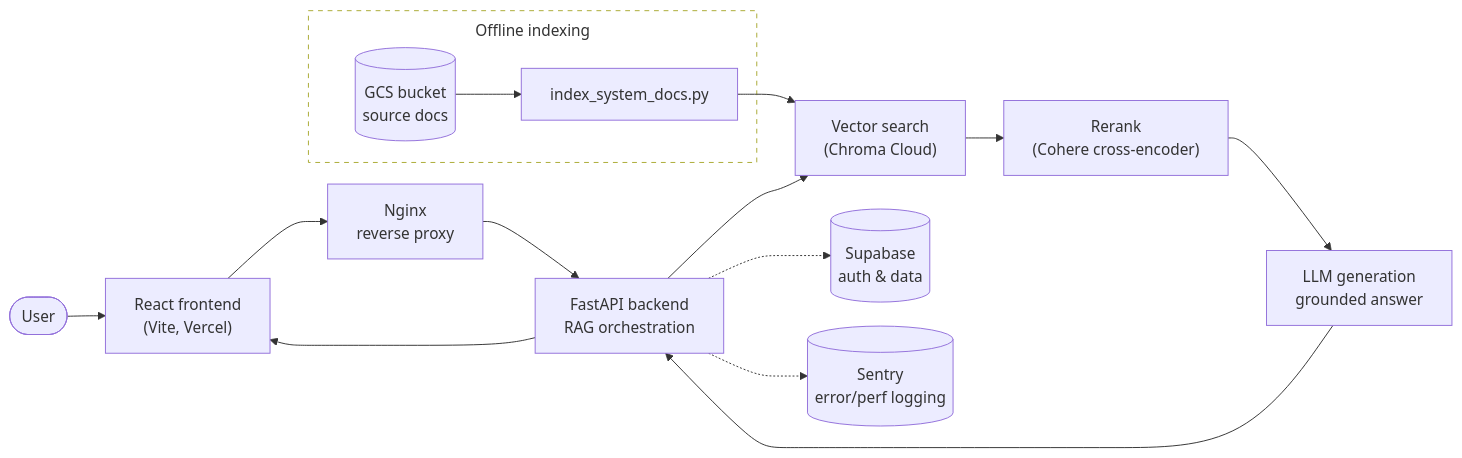
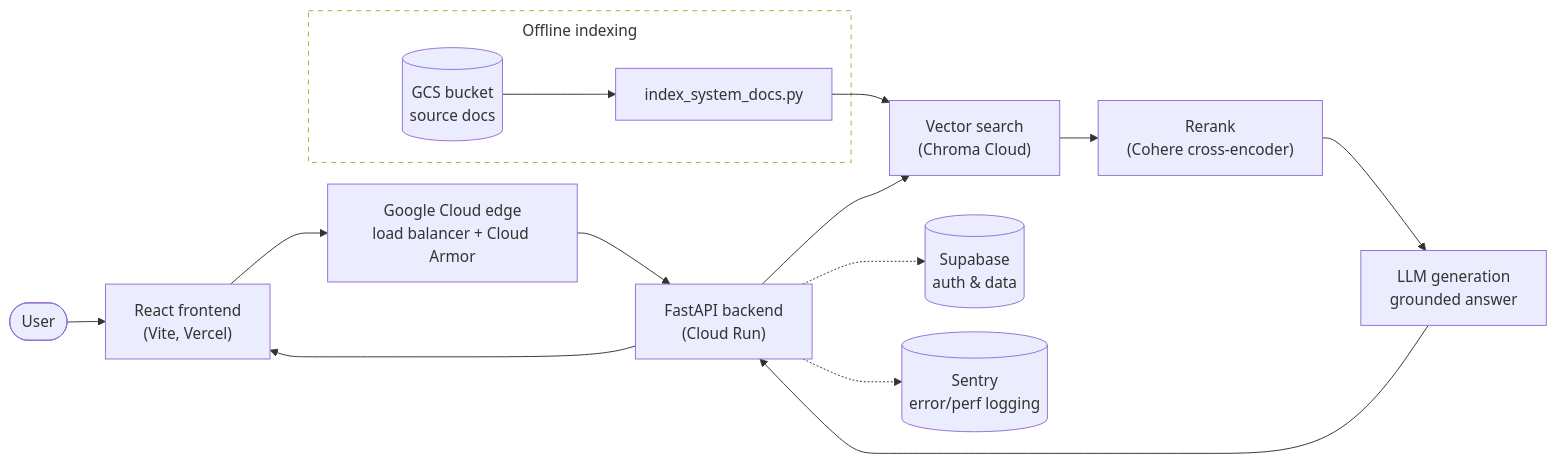
The diagram in README.md (xurichard19/strength-and-conditioning-rag), drawn with Mermaid before and after one commit. The commit also changed other lines of this file, not shown here.

First line of the commit message:
Update README for Cloud Run / Vercel deployment

````diff
--- a/README.md
+++ b/README.md
@@ -7,23 +7,23 @@
 ```mermaid
 %%{init: {'flowchart': {'nodeSpacing': 25, 'rankSpacing': 40, 'curve': 'basis', 'subGraphTitleMargin': {'top': 8, 'bottom': 8}}}}%%
 flowchart LR
     User(["User"]) --> FE["React frontend<br/>(Vite, Vercel)"]
-    FE --> Nginx["Nginx<br/>reverse proxy"]
-    Nginx --> API["FastAPI backend<br/>RAG orchestration"]
+    FE --> Edge["Google Cloud edge<br/>load balancer + Cloud Armor"]
+    Edge --> API["FastAPI backend<br/>(Cloud Run)"]
 
     API --> Retrieve["Vector search<br/>(Chroma Cloud)"]
     Retrieve --> Rerank["Rerank<br/>(Cohere cross-encoder)"]
     Rerank --> Gen["LLM generation<br/>grounded answer"]
     Gen --> API
     API --> FE
 
     API -.-> Auth[("Supabase<br/>auth & data")]
     API -.-> Log[("Sentry<br/>error/perf logging")]
 
     subgraph Ingestion["Offline indexing"]
         Docs[("GCS bucket<br/>source docs")] --> Index["index_system_docs.py"]
     end
     Index --> Retrieve
 
     style Ingestion fill:none,stroke-dasharray: 5 5
 ```
````
